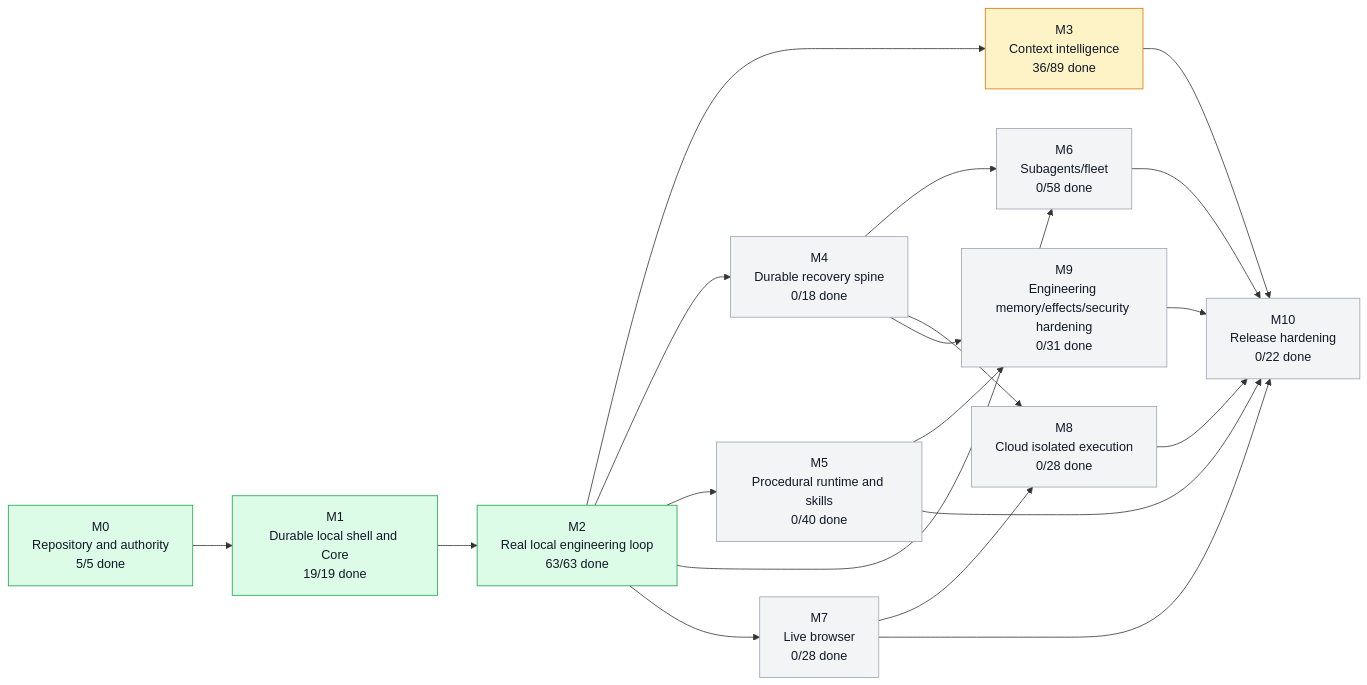
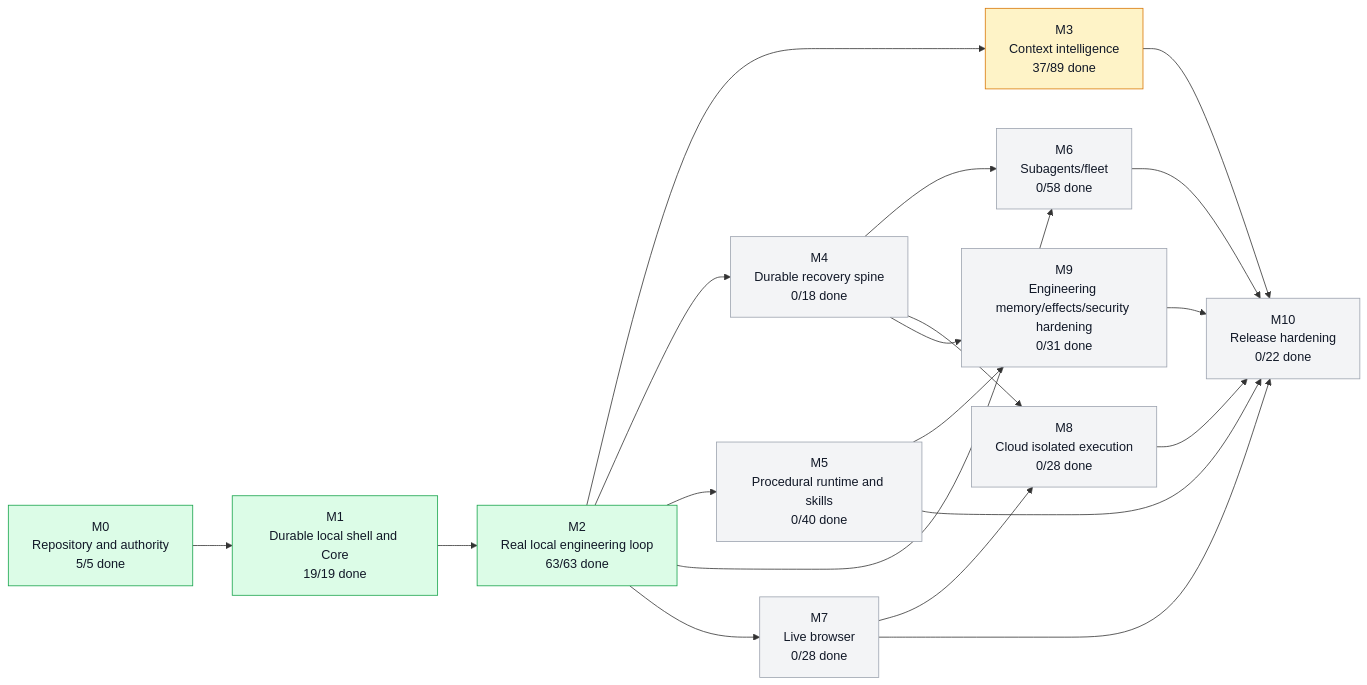
One commit to moss101/modbit changed the first of 5 diagrams in graph/PROJECT_GRAPH.md. Above: the diagram before and after it, drawn with Mermaid. The commit also changed other lines of this file and 6 other files, not shown here.

````diff
--- a/graph/PROJECT_GRAPH.md
+++ b/graph/PROJECT_GRAPH.md
@@ -57,43 +57,43 @@
 ```mermaid
 flowchart LR
   M0["M0<br/>Repository and authority<br/>5/5 done"]
   M1["M1<br/>Durable local shell and Core<br/>19/19 done"]
   M2["M2<br/>Real local engineering loop<br/>63/63 done"]
-  M3["M3<br/>Context intelligence<br/>36/89 done"]
+  M3["M3<br/>Context intelligence<br/>37/89 done"]
   M4["M4<br/>Durable recovery spine<br/>0/18 done"]
   M5["M5<br/>Procedural runtime and skills<br/>0/40 done"]
   M6["M6<br/>Subagents/fleet<br/>0/58 done"]
   M7["M7<br/>Live browser<br/>0/28 done"]
   M8["M8<br/>Cloud isolated execution<br/>0/28 done"]
   M9["M9<br/>Engineering memory/effects/security hardening<br/>0/31 done"]
   M10["M10<br/>Release hardening<br/>0/22 done"]
   M0 --> M1
   M1 --> M2
   M2 --> M3
   M2 --> M4
   M2 --> M5
   M2 --> M6
   M4 --> M6
   M2 --> M7
   M4 --> M8
   M7 --> M8
   M4 --> M9
   M5 --> M9
   M3 --> M10
   M5 --> M10
   M6 --> M10
   M7 --> M10
   M8 --> M10
   M9 --> M10
   style M0 fill:#dcfce7,stroke:#16a34a,color:#111827
   style M1 fill:#dcfce7,stroke:#16a34a,color:#111827
   style M2 fill:#dcfce7,stroke:#16a34a,color:#111827
   style M3 fill:#fef3c7,stroke:#d97706,color:#111827
   style M4 fill:#f3f4f6,stroke:#9ca3af,color:#111827
   style M5 fill:#f3f4f6,stroke:#9ca3af,color:#111827
   style M6 fill:#f3f4f6,stroke:#9ca3af,color:#111827
   style M7 fill:#f3f4f6,stroke:#9ca3af,color:#111827
   style M8 fill:#f3f4f6,stroke:#9ca3af,color:#111827
   style M9 fill:#f3f4f6,stroke:#9ca3af,color:#111827
   style M10 fill:#f3f4f6,stroke:#9ca3af,color:#111827
 ```
````
